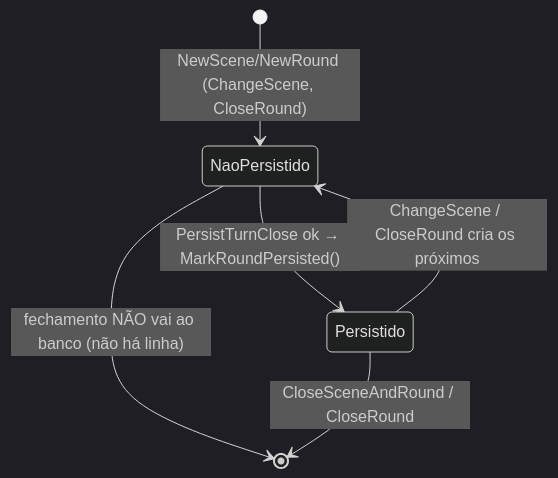
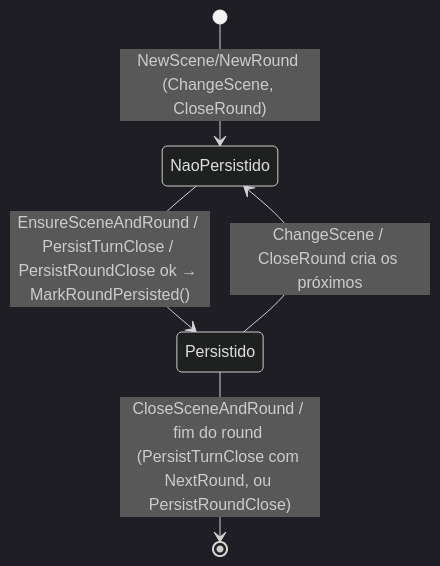
The second of 2 diagrams in docs/dev/match/flows/04-estado-e-persistencia.md (422UR4H/HxH_RPG_System), drawn with Mermaid (dark theme) before and after one commit. The commit also changed other lines of this file and 29 other files, not shown here.

First line of the commit message:
fix(game): o fim do round vai na transação do turno que o encerrou

````diff
--- a/docs/dev/match/flows/04-estado-e-persistencia.md
+++ b/docs/dev/match/flows/04-estado-e-persistencia.md
@@ -76,8 +76,7 @@
 ```mermaid
 stateDiagram-v2
     [*] --> NaoPersistido: NewScene/NewRound (ChangeScene, CloseRound)
-    NaoPersistido --> Persistido: PersistTurnClose ok → MarkRoundPersisted()
+    NaoPersistido --> Persistido: EnsureSceneAndRound / PersistTurnClose / PersistRoundClose ok → MarkRoundPersisted()
     Persistido --> NaoPersistido: ChangeScene / CloseRound cria os próximos
-    NaoPersistido --> [*]: fechamento NÃO vai ao banco (não há linha)
-    Persistido --> [*]: CloseSceneAndRound / CloseRound
+    Persistido --> [*]: CloseSceneAndRound / fim do round (PersistTurnClose com NextRound, ou PersistRoundClose)
 ```
````
